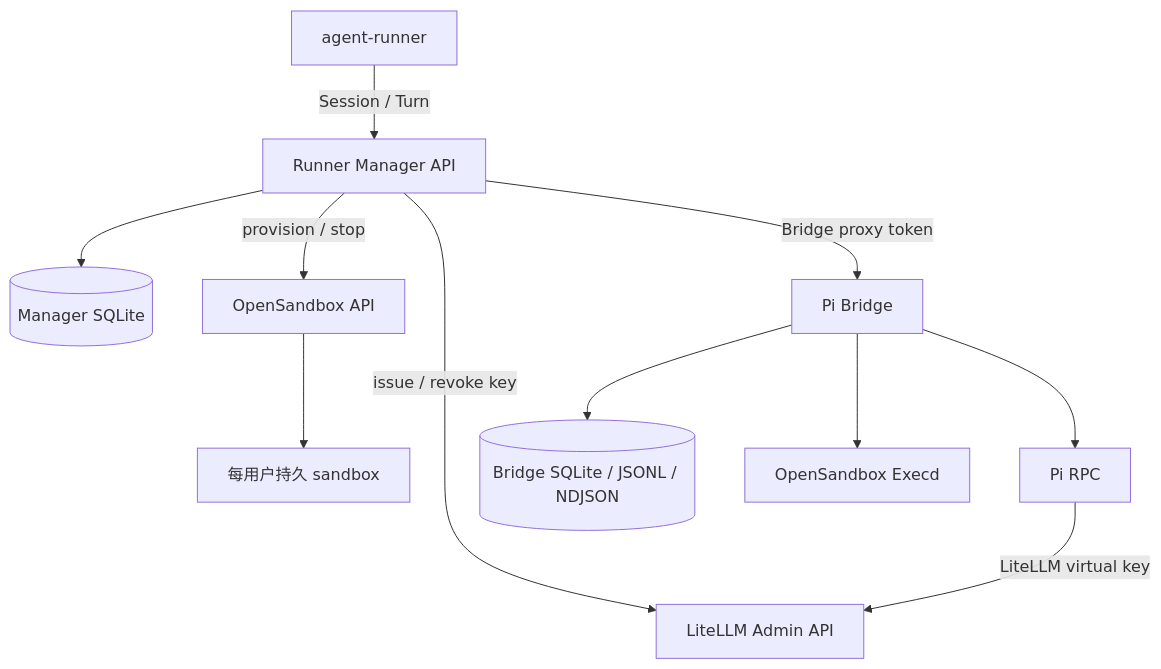
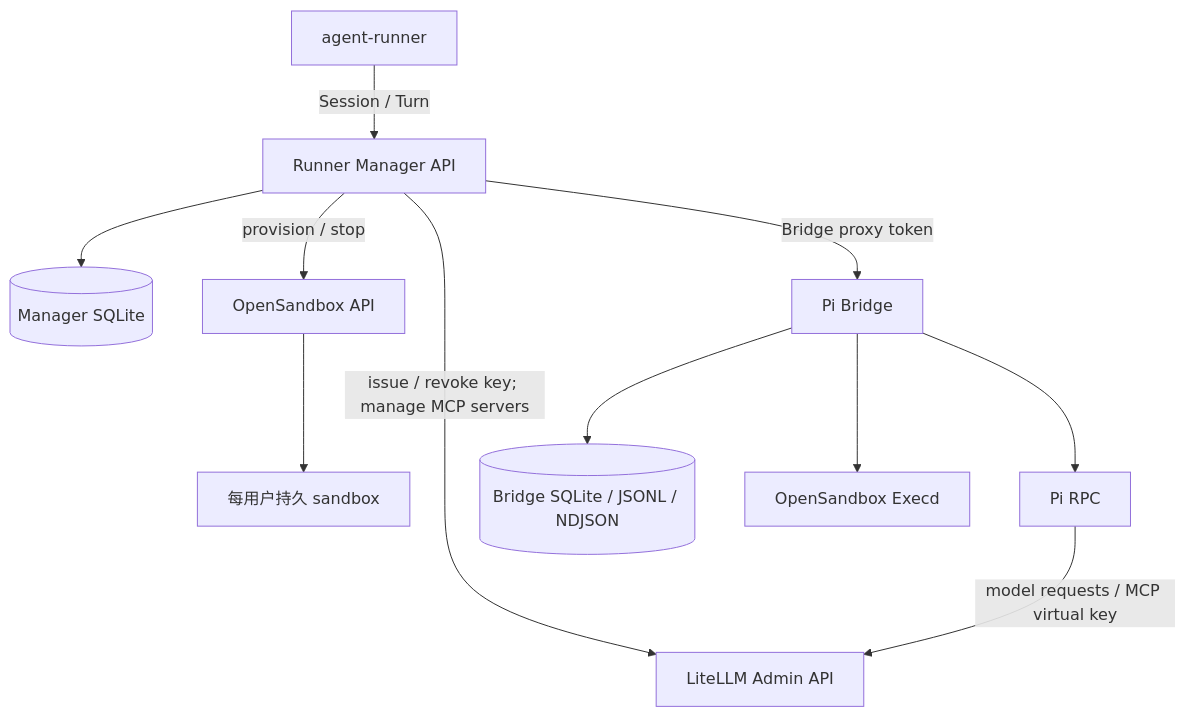
One commit to JeseKi/pi-opensandbox-runner changed the first of 3 diagrams in docs/architecture.md. Above: the diagram before and after it, drawn with Mermaid. The commit also changed other lines of this file and 36 other files, not shown here.

Commit message:
feat: 接入 LiteLLM 作为 MCP 的网关

````diff
--- a/docs/architecture.md
+++ b/docs/architecture.md
@@ -20,13 +20,13 @@
 ```mermaid
 flowchart TB
     ar[agent-runner] -->|Session / Turn| manager[Runner Manager API]
     manager --> db[(Manager SQLite)]
     manager -->|provision / stop| os[OpenSandbox API]
-    manager -->|issue / revoke key| llm[LiteLLM Admin API]
+    manager -->|issue / revoke key; manage MCP servers| llm[LiteLLM Admin API]
     os --> sandbox[每用户持久 sandbox]
     manager -->|Bridge proxy token| bridge[Pi Bridge]
     bridge --> pi[Pi RPC]
     bridge --> state[(Bridge SQLite / JSONL / NDJSON)]
     bridge --> execd[OpenSandbox Execd]
-    pi -->|LiteLLM virtual key| llm
+    pi -->|model requests / MCP virtual key| llm
 ```
````
